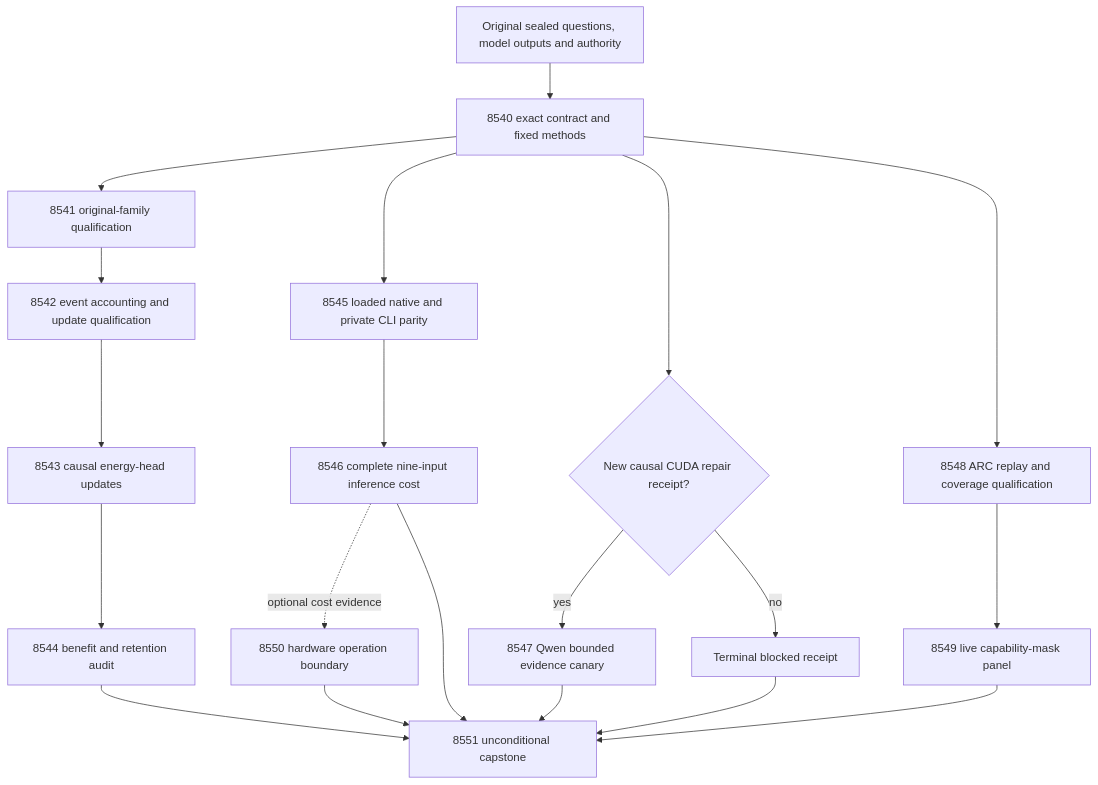
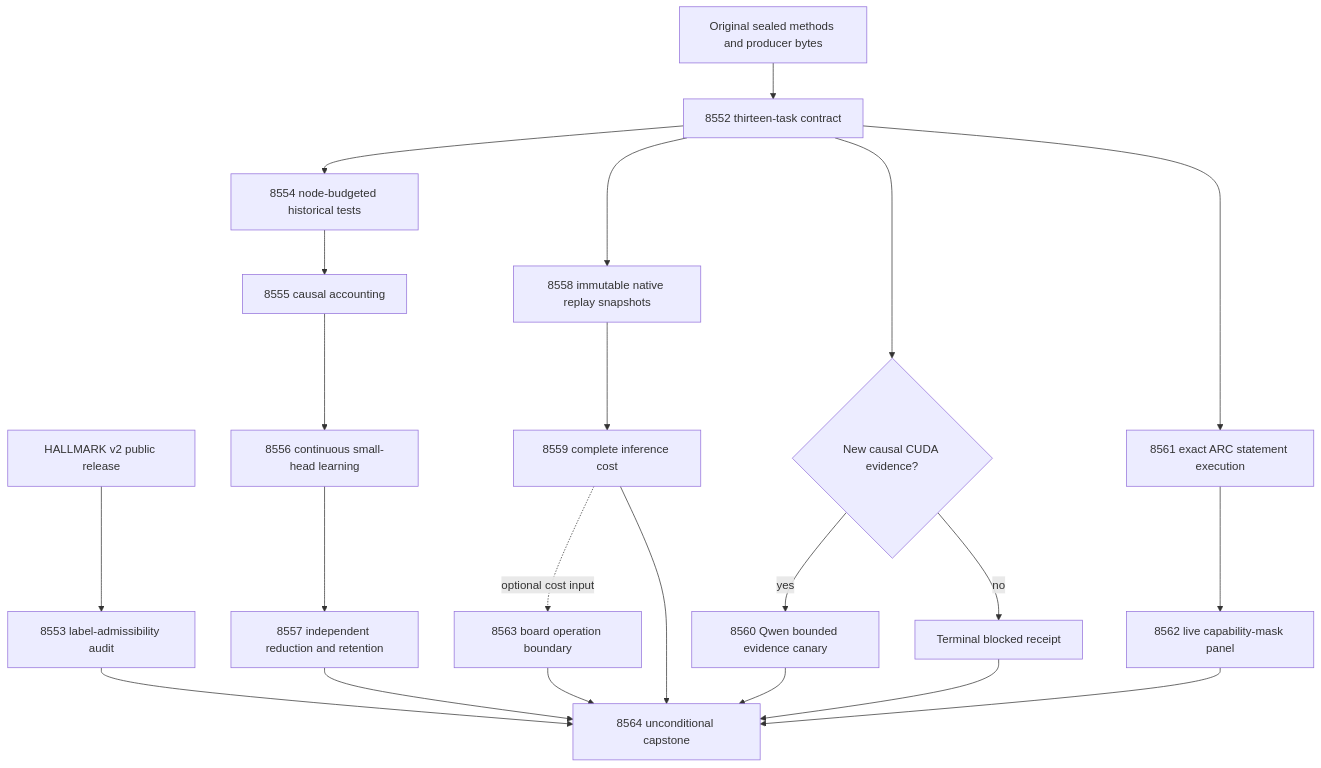
One commit to Carnot-EBM/carnot-ebm changed the diagram in openspec/change-proposals/research-roadmap-vNEXT.md. Above: the diagram before and after it, drawn with Mermaid. The commit also changed other lines of this file and 19 other files, not shown here.

````diff
--- a/openspec/change-proposals/research-roadmap-vNEXT.md
+++ b/openspec/change-proposals/research-roadmap-vNEXT.md
@@ -76,22 +85,24 @@
 ```mermaid
 flowchart TD
-  A[Original sealed questions, model outputs and authority] --> C[8540 exact contract and fixed methods]
-  C --> H[8541 original-family qualification]
-  H --> U[8542 event accounting and update qualification]
-  U --> L[8543 causal energy-head updates]
-  L --> R[8544 benefit and retention audit]
-  C --> N[8545 loaded native and private CLI parity]
-  N --> T[8546 complete nine-input inference cost]
-  C --> Q{New causal CUDA repair receipt?}
-  Q -->|yes| G[8547 Qwen bounded evidence canary]
+  A[Original sealed methods and producer bytes] --> C[8552 thirteen-task contract]
+  H[HALLMARK v2 public release] --> D[8553 label-admissibility audit]
+  C --> T[8554 node-budgeted historical tests]
+  T --> U[8555 causal accounting]
+  U --> L[8556 continuous small-head learning]
+  L --> R[8557 independent reduction and retention]
+  C --> N[8558 immutable native replay snapshots]
+  N --> F[8559 complete inference cost]
+  C --> Q{New causal CUDA evidence?}
+  Q -->|yes| G[8560 Qwen bounded evidence canary]
   Q -->|no| B[Terminal blocked receipt]
-  C --> X[8548 ARC replay and coverage qualification]
-  X --> Y[8549 live capability-mask panel]
-  T -. optional cost evidence .-> O[8550 hardware operation boundary]
-  R --> Z[8551 unconditional capstone]
-  T --> Z
+  C --> X[8561 exact ARC statement execution]
+  X --> Y[8562 live capability-mask panel]
+  F -. optional cost input .-> O[8563 board operation boundary]
+  D --> Z[8564 unconditional capstone]
+  R --> Z
+  F --> Z
   G --> Z
   B --> Z
   Y --> Z
   O --> Z
 ```
````
